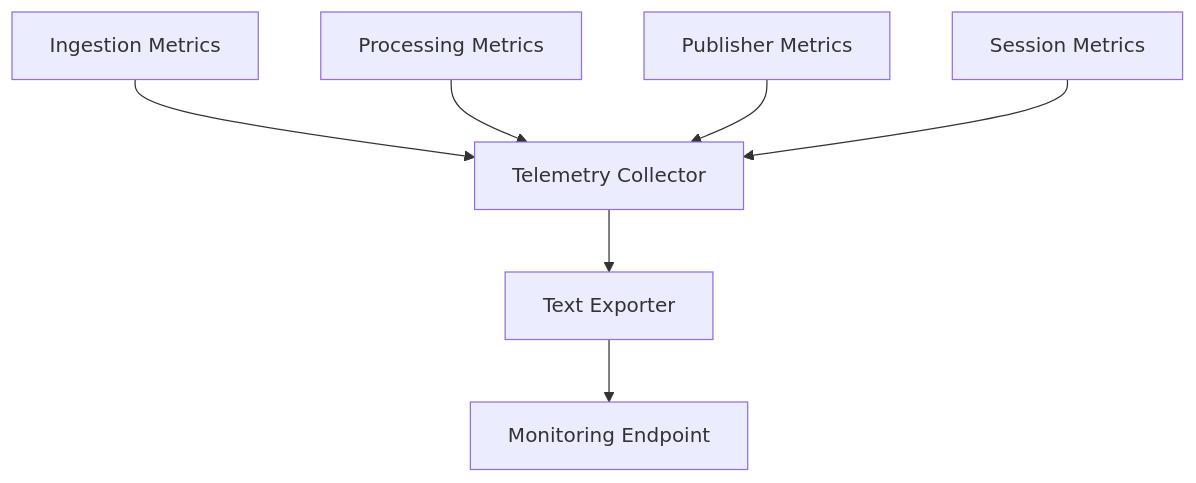
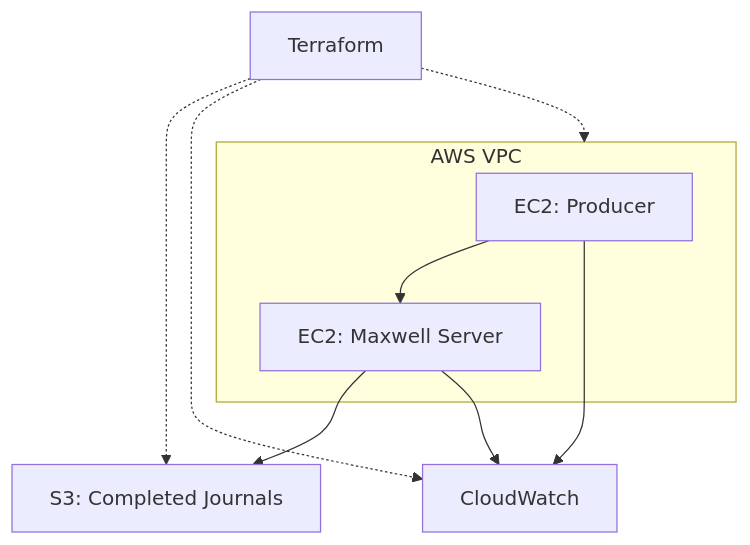
One commit to tembolo1284/maxwell changed the diagram in docs/operations.md. Above: the diagram before and after it, drawn with Mermaid. The commit also changed other lines of this file and 10 other files, not shown here.

````diff
--- a/docs/operations.md
+++ b/docs/operations.md
@@ -446,15 +600,17 @@
 ```mermaid
 flowchart TD
-    A["Ingestion Metrics"]
-    B["Processing Metrics"]
-    C["Publisher Metrics"]
-    D["Session Metrics"]
+    TF["Terraform"]
+    subgraph VPC["AWS VPC"]
+        PROD["EC2: Producer"]
+        SERVER["EC2: Maxwell Server"]
+        PROD --> SERVER
+    end
 
-    A --> E["Telemetry Collector"]
-    B --> E
-    C --> E
-    D --> E
+    SERVER --> S3["S3: Completed Journals"]
+    PROD --> CW["CloudWatch"]
+    SERVER --> CW
 
-    E --> F["Text Exporter"]
-    F --> G["Monitoring Endpoint"]
+    TF -.-> VPC
+    TF -.-> S3
+    TF -.-> CW
 ```
````
